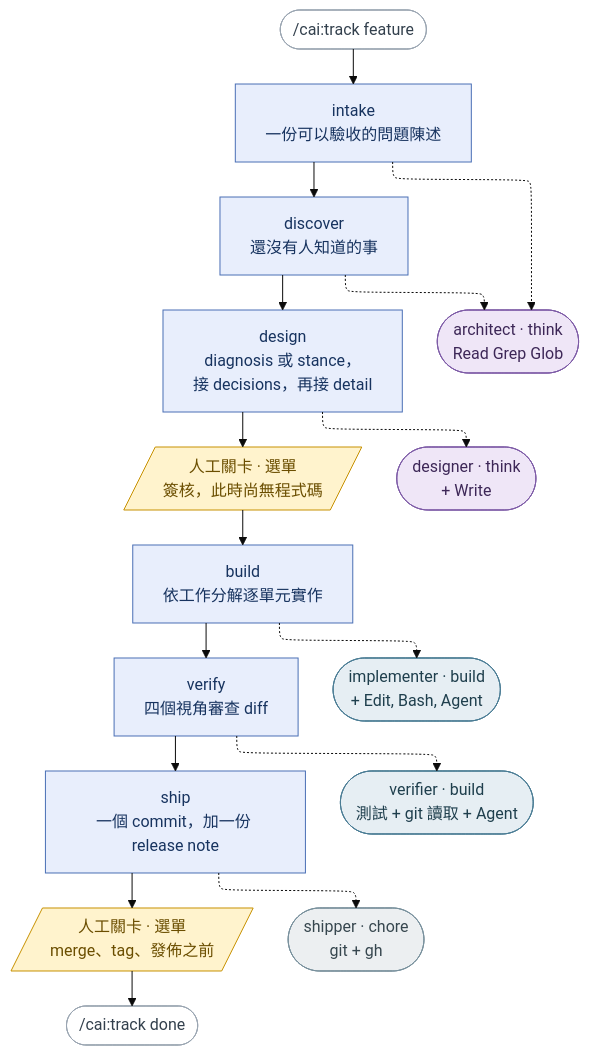
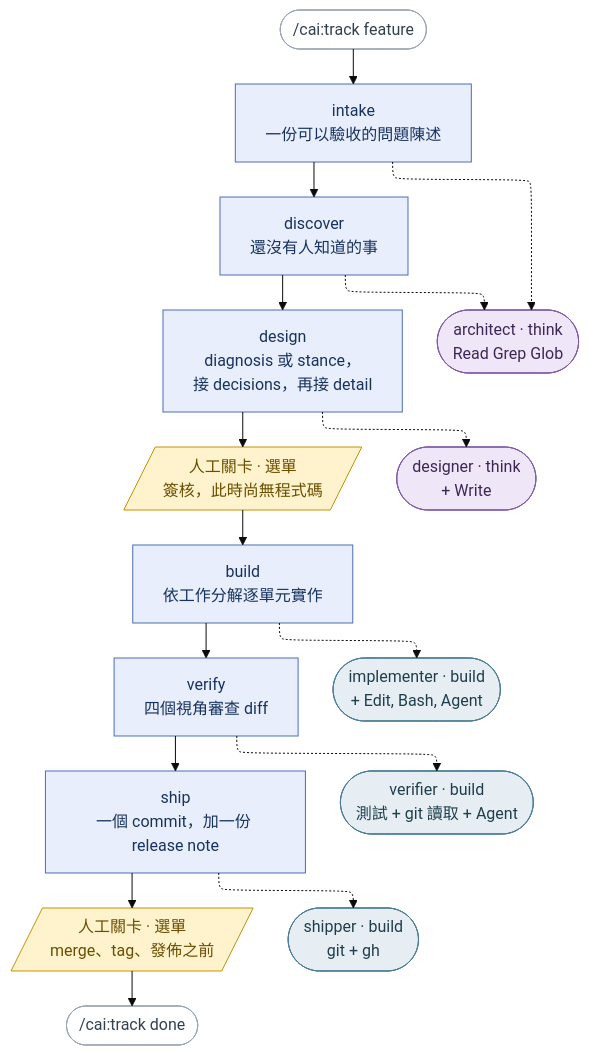
The diagram in README.zh-TW.md (millerlai/claude-all-in-one), drawn with Mermaid (base theme) before and after one commit. The commit also changed other lines of this file and 26 other files, not shown here.

First line of the commit message:
fix(cai): re-tier shipper to build and keep per-agent Codex effort

````diff
--- a/README.zh-TW.md
+++ b/README.zh-TW.md
@@ -24,45 +24,43 @@
 ```mermaid
 ---
 config:
   flowchart:
     defaultRenderer: "elk"
 ---
 flowchart TB
     START(["/cai:track feature"]) --> S1
 
     S1["intake<br/>一份可以驗收的問題陳述"] --> S2
     S2["discover<br/>還沒有人知道的事"] --> S3
     S3["design<br/>diagnosis 或 stance，<br/>接 decisions，再接 detail"] --> HG1
     HG1[/"人工關卡 · 選單<br/>簽核，此時尚無程式碼"/] --> S4
     S4["build<br/>依工作分解逐單元實作"] --> S5
     S5["verify<br/>四個視角審查 diff"] --> S6
     S6["ship<br/>一個 commit，加一份 release note"] --> HG2
     HG2[/"人工關卡 · 選單<br/>merge、tag、發佈之前"/] --> DONE(["/cai:track done"])
 
     S1 -.-> AR
     S2 -.-> AR
     S3 -.-> DE
     S4 -.-> IM
     S5 -.-> VE
     S6 -.-> SH
 
     AR(["architect · think<br/>Read Grep Glob"])
     DE(["designer · think<br/>+ Write"])
     IM(["implementer · build<br/>+ Edit, Bash, Agent"])
     VE(["verifier · build<br/>測試 + git 讀取 + Agent"])
-    SH(["shipper · chore<br/>git + gh"])
+    SH(["shipper · build<br/>git + gh"])
 
     classDef stage fill:#e8eefc,stroke:#4a6fb5,color:#17335f
     classDef human fill:#fff3cd,stroke:#c79100,color:#6b4e00
     classDef think fill:#efe6f7,stroke:#7d5ba6,color:#3d2757
     classDef build fill:#e6eef3,stroke:#4a7c94,color:#1f3f4d
-    classDef chore fill:#eceff1,stroke:#78909c,color:#37474f
     classDef ends fill:#ffffff,stroke:#9aa5b1,color:#33404d
 
     class S1,S2,S3,S4,S5,S6 stage
     class HG1,HG2 human
     class AR,DE think
-    class IM,VE build
-    class SH chore
+    class IM,VE,SH build
     class START,DONE ends
 ```
````
